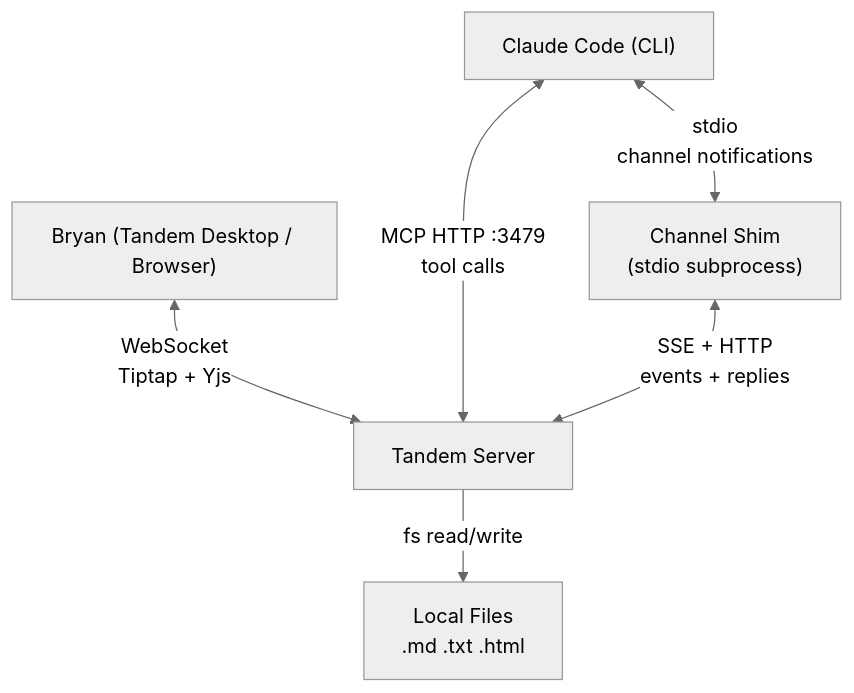
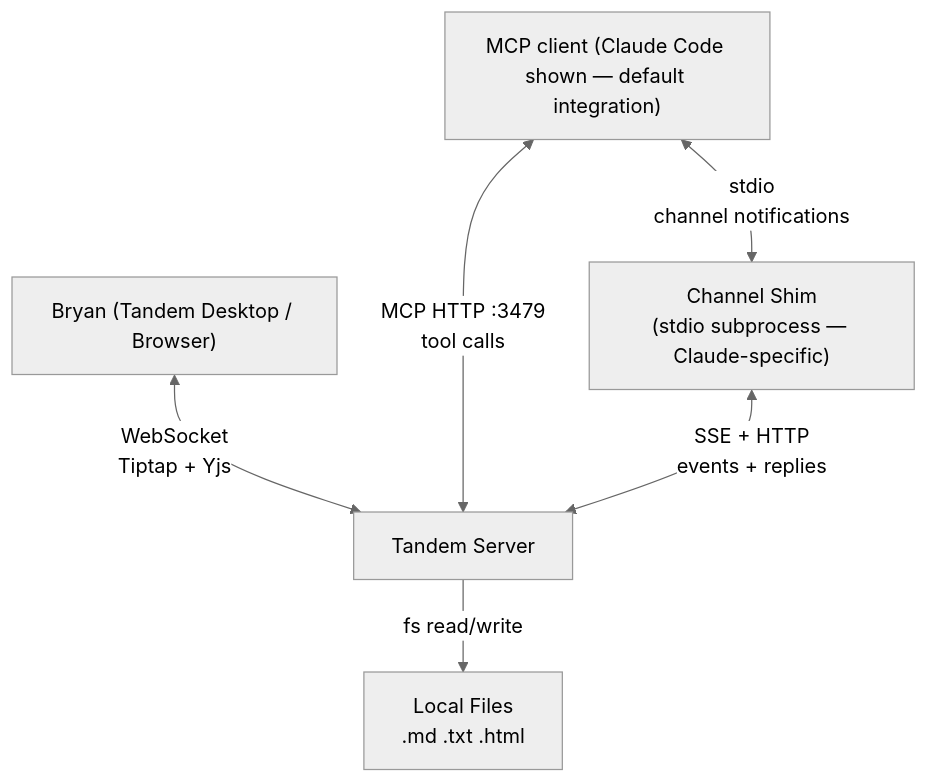
Before and after one commit to bloknayrb/tandem: the first of 3 diagrams in docs/architecture.md, drawn with Mermaid (neutral theme). The commit also changed other lines of this file and 8 other files, not shown here.

````diff
--- a/docs/architecture.md
+++ b/docs/architecture.md
@@ -5,13 +20,13 @@
 ```mermaid
 graph TB
     User["Bryan (Tandem Desktop / Browser)"]
-    Claude["Claude Code (CLI)"]
+    Claude["MCP client (Claude Code shown — default integration)"]
     Tandem["Tandem Server"]
-    Shim["Channel Shim<br/>(stdio subprocess)"]
+    Shim["Channel Shim<br/>(stdio subprocess — Claude-specific)"]
 
     User <-->|WebSocket<br/>Tiptap + Yjs| Tandem
     Claude <-->|MCP HTTP :3479<br/>tool calls| Tandem
     Claude <-->|stdio<br/>channel notifications| Shim
     Shim <-->|SSE + HTTP<br/>events + replies| Tandem
     Tandem -->|fs read/write| Files["Local Files<br/>.md .txt .html"]
 ```
````
